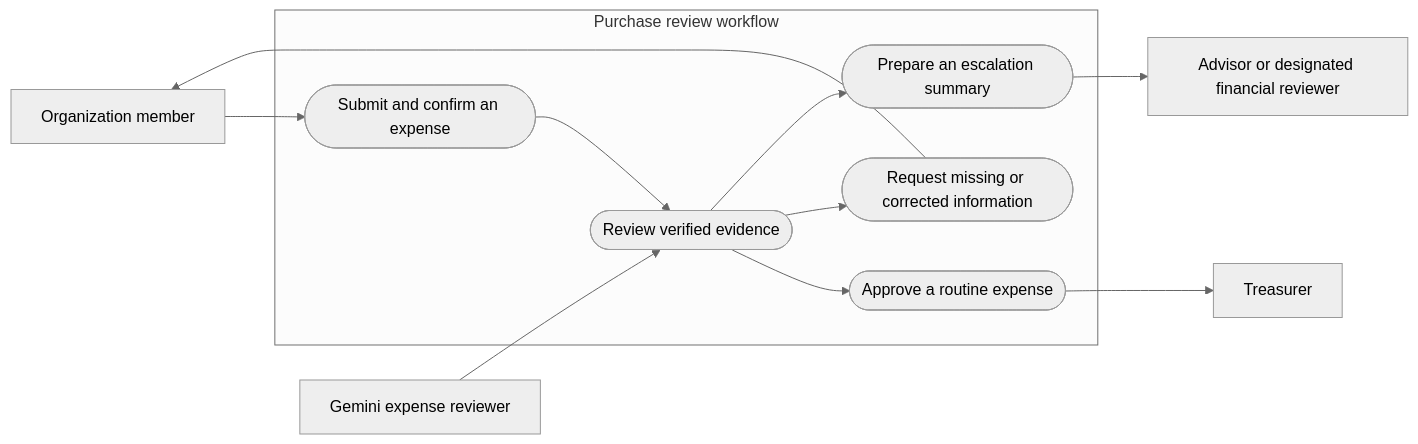
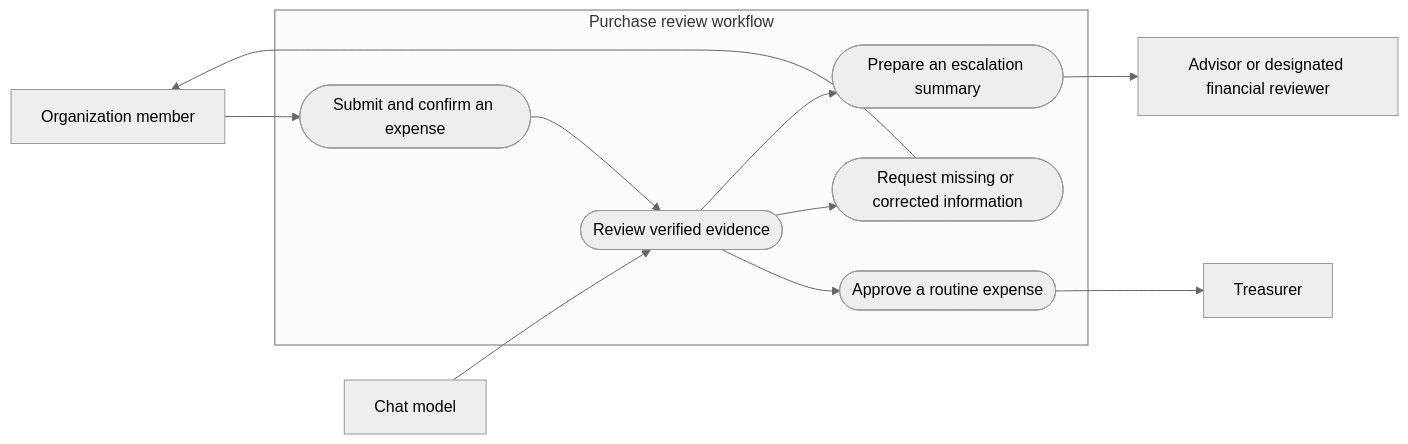
Before and after one commit to tom4247/Campus-spending-review-agent: the third of 4 diagrams in README.md, drawn with Mermaid (neutral theme). The commit also changed other lines of this file and 10 other files, not shown here.

````diff
--- a/README.md
+++ b/README.md
@@ -78,23 +78,23 @@
 ```mermaid
 flowchart LR
     member["Organization member"]
-    agent["Gemini expense reviewer"]
+    agent["Chat model"]
     treasurer["Treasurer"]
     reviewer["Advisor or designated financial reviewer"]
     subgraph app["Purchase review workflow"]
         submit(["Submit and confirm an expense"])
         review(["Review verified evidence"])
         approve(["Approve a routine expense"])
         defer(["Request missing or corrected information"])
         escalate(["Prepare an escalation summary"])
     end
     member --> submit
     submit --> review
     agent --> review
     review --> approve
     review --> defer
     review --> escalate
     approve --> treasurer
     defer --> member
     escalate --> reviewer
 ```
````
